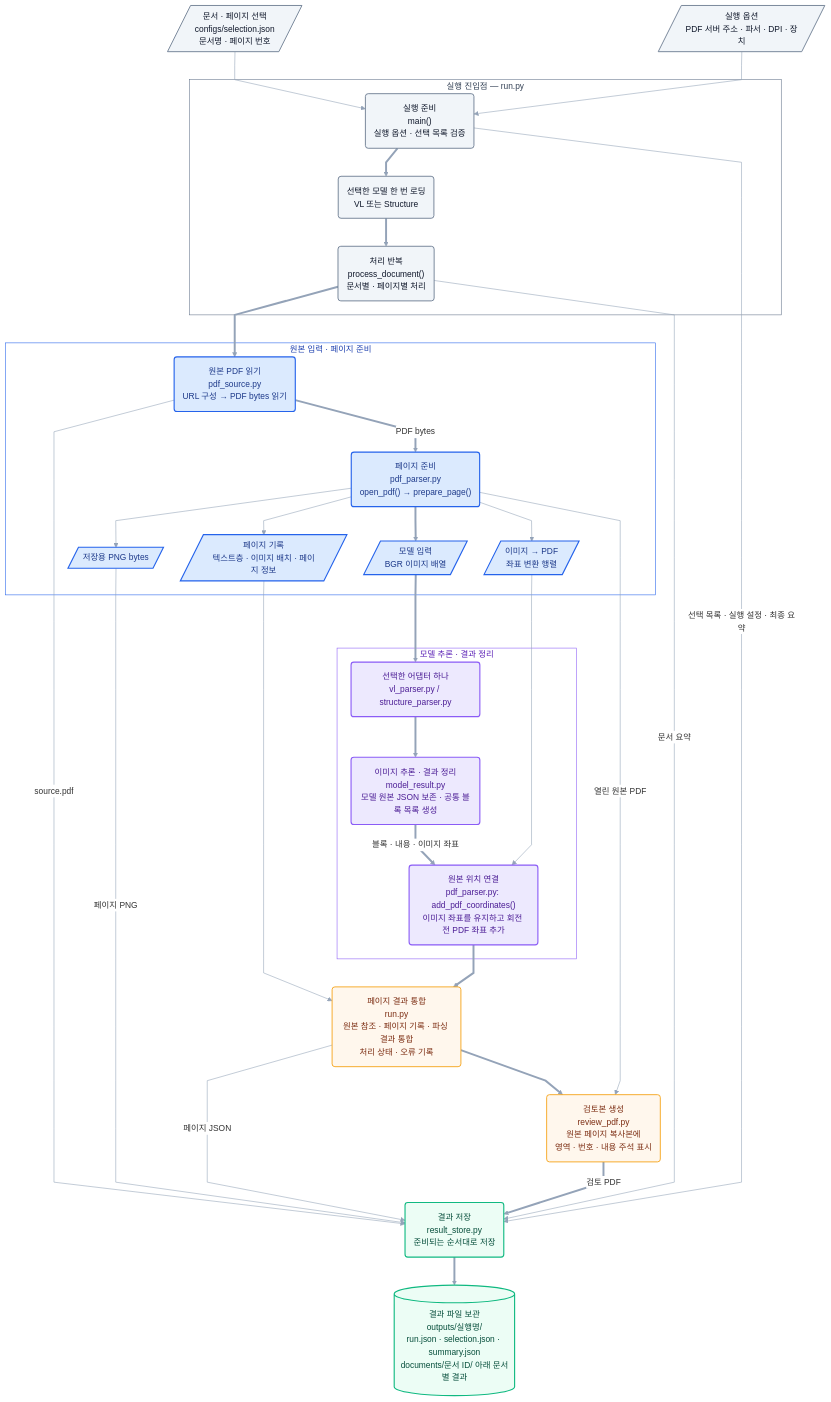
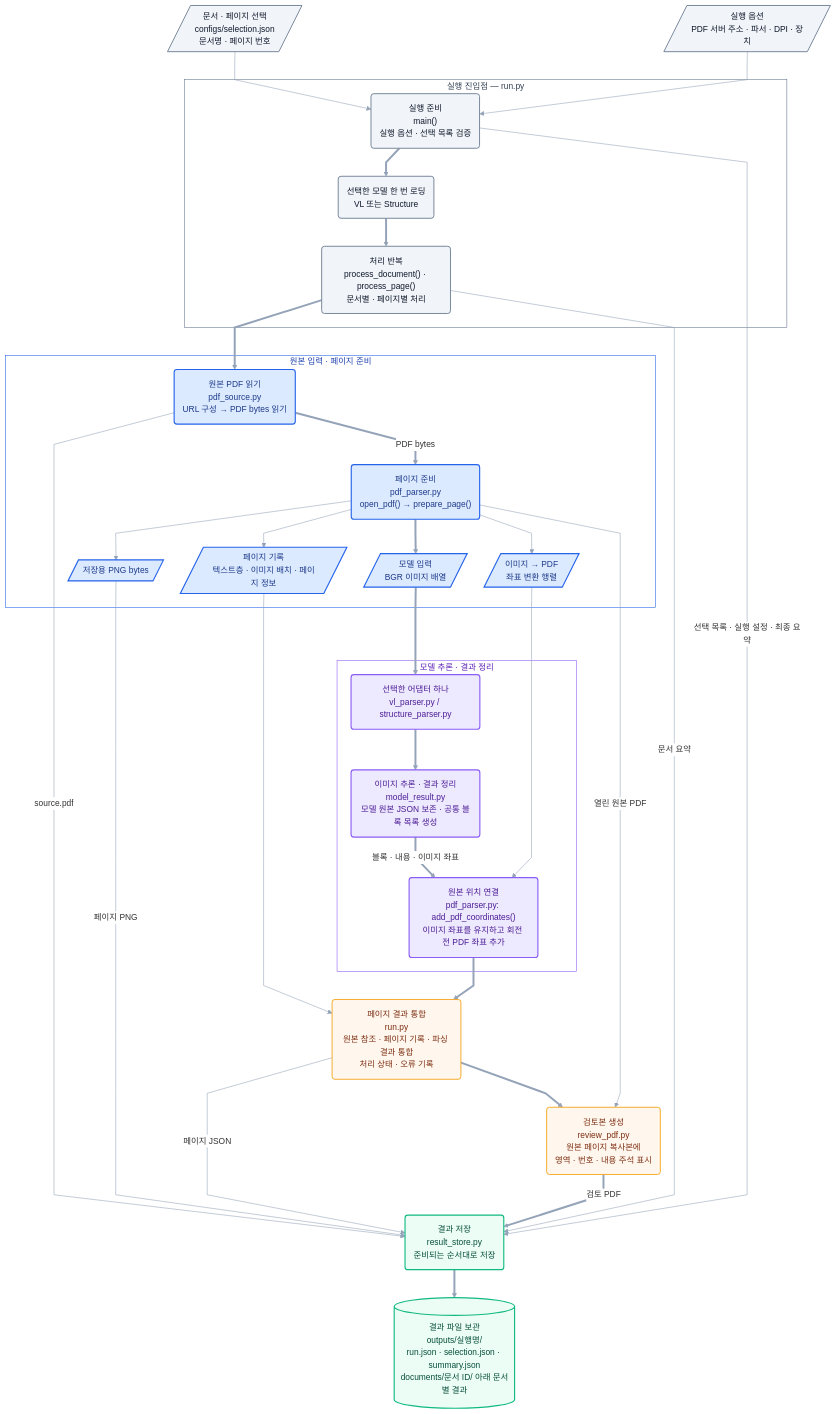
Before and after one commit to LeF-0213/MMDocIR_Multimodal_RAG: the diagram in README.md, drawn with Mermaid. The commit also changed 2 other files, not shown here.

Commit message:
refactor(parsing): 문서 처리와 페이지 처리 함수 분리
process_document 약 228줄에 문서 단위와 페이지 단위 일이 3겹 try로 섞여 있어 실패 범위를 읽기 어렵고 페이지만 따로 테스트할 수 없었다.

read_source, parse_page, add_page_review, process_page, save_page로 나누고, 페이지 처리에 공통으로 넘기는 값은 DocumentContext로 묶었다. 저장 필드와 오류 처리는 바꾸지 않을 의도다. 이미지 참조 해제는 finally 대신 지역 변수 수명에 맡겼다.

검증: psutil·numpy 임시 대역으로 unittest를 기준선과 비교해 기존 결과 변화 없음을 확인했다. 실제 PDF를 처리하는 테스트 3건은 pymupdf가 없어 실행하지 못했으므로 동작 동일성은 아직 검증되지 않았다.

```diff
--- a/README.md
+++ b/README.md
@@ -150,7 +150,7 @@
     subgraph ENTRY["실행 진입점 — run.py"]
         MAIN("실행 준비<br/>main()<br/>실행 옵션 · 선택 목록 검증")
         INIT("선택한 모델 한 번 로딩<br/>VL 또는 Structure")
-        PROCESS("처리 반복<br/>process_document()<br/>문서별 · 페이지별 처리")
+        PROCESS("처리 반복<br/>process_document() · process_page()<br/>문서별 · 페이지별 처리")
         MAIN ==> INIT ==> PROCESS
     end
 
```
